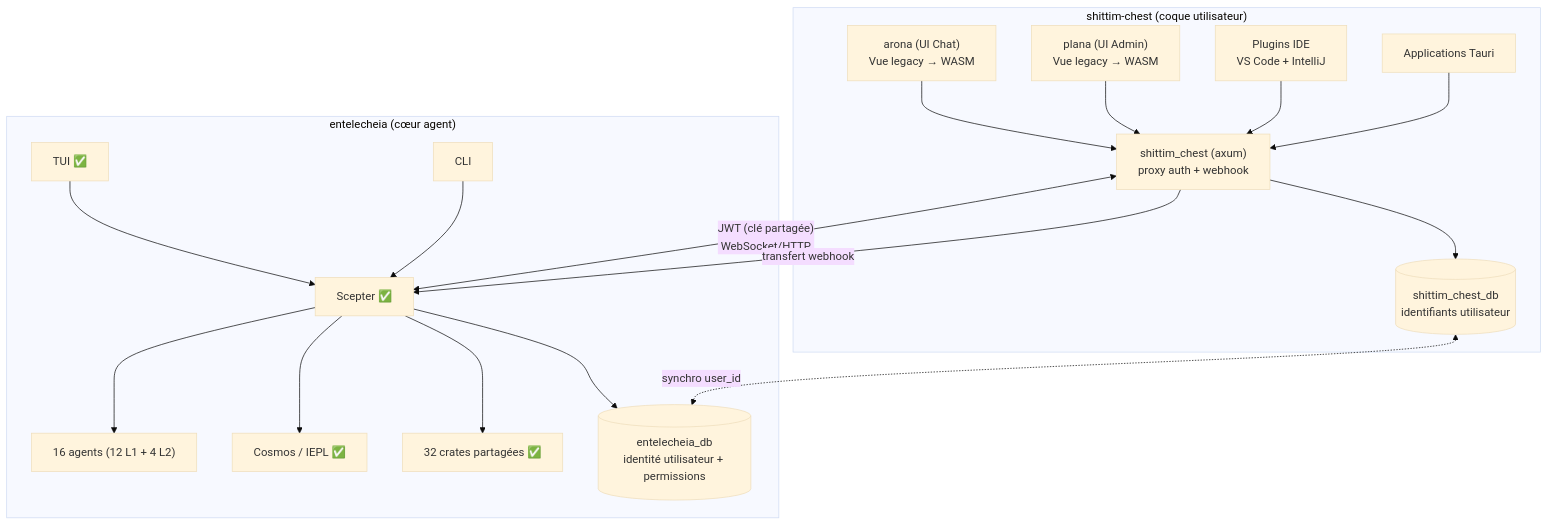
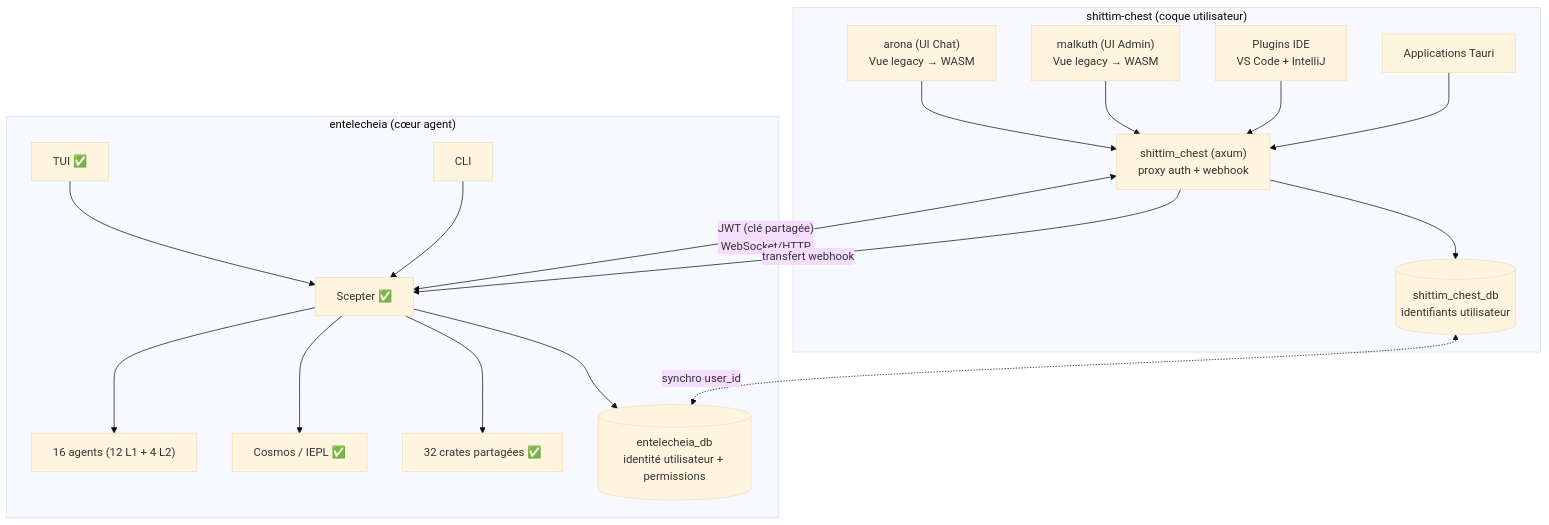
The second of 9 diagrams in docs/fr/designs/core/architecture.md (celestia-island/docs.celestia.world), drawn with Mermaid (base theme) before and after one commit. The commit also changed other lines of this file and 57 other files, not shown here.

First line of the commit message:
rename: plana -> malkuth across docs

````diff
--- a/docs/fr/designs/core/architecture.md
+++ b/docs/fr/designs/core/architecture.md
@@ -83,36 +83,36 @@
 ```mermaid
 flowchart TB
     subgraph shittim_chest["shittim-chest (coque utilisateur)"]
         Arona["arona (UI Chat)\nVue legacy → WASM"]
-        Plana["plana (UI Admin)\nVue legacy → WASM"]
+        Malkuth["malkuth (UI Admin)\nVue legacy → WASM"]
         SC["shittim_chest (axum)\nproxy auth + webhook"]
         IDE["Plugins IDE\nVS Code + IntelliJ"]
         Tauri["Applications Tauri"]
         SC_DB[("shittim_chest_db\nidentifiants utilisateur")]
         Arona --> SC
-        Plana --> SC
+        Malkuth --> SC
         IDE --> SC
         Tauri --> SC
         SC --> SC_DB
     end
 
     subgraph entelecheia["entelecheia (cœur agent)"]
         TUI["TUI ✅"]
         CLI["CLI"]
         Scepter["Scepter ✅"]
         Agents["16 agents (12 L1 + 4 L2)"]
         Cosmos["Cosmos / IEPL ✅"]
         Shared["32 crates partagées ✅"]
         ENT_DB[("entelecheia_db\nidentité utilisateur + permissions")]
         TUI --> Scepter
         CLI --> Scepter
         Scepter --> Agents
         Scepter --> Cosmos
         Scepter --> Shared
         Scepter --> ENT_DB
     end
 
     SC <-->|"JWT (clé partagée)\nWebSocket/HTTP"| Scepter
     SC -->|"transfert webhook"| Scepter
     SC_DB <-.->|"synchro user_id"| ENT_DB
 ```
````
